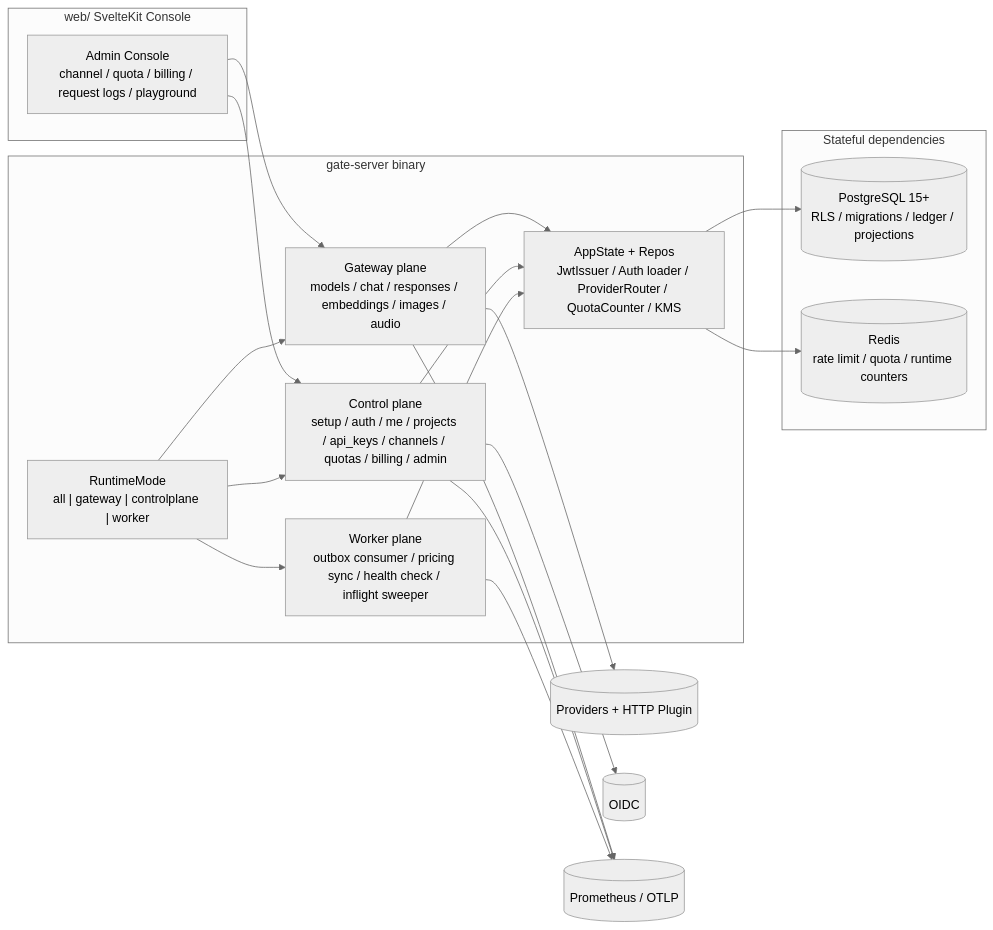
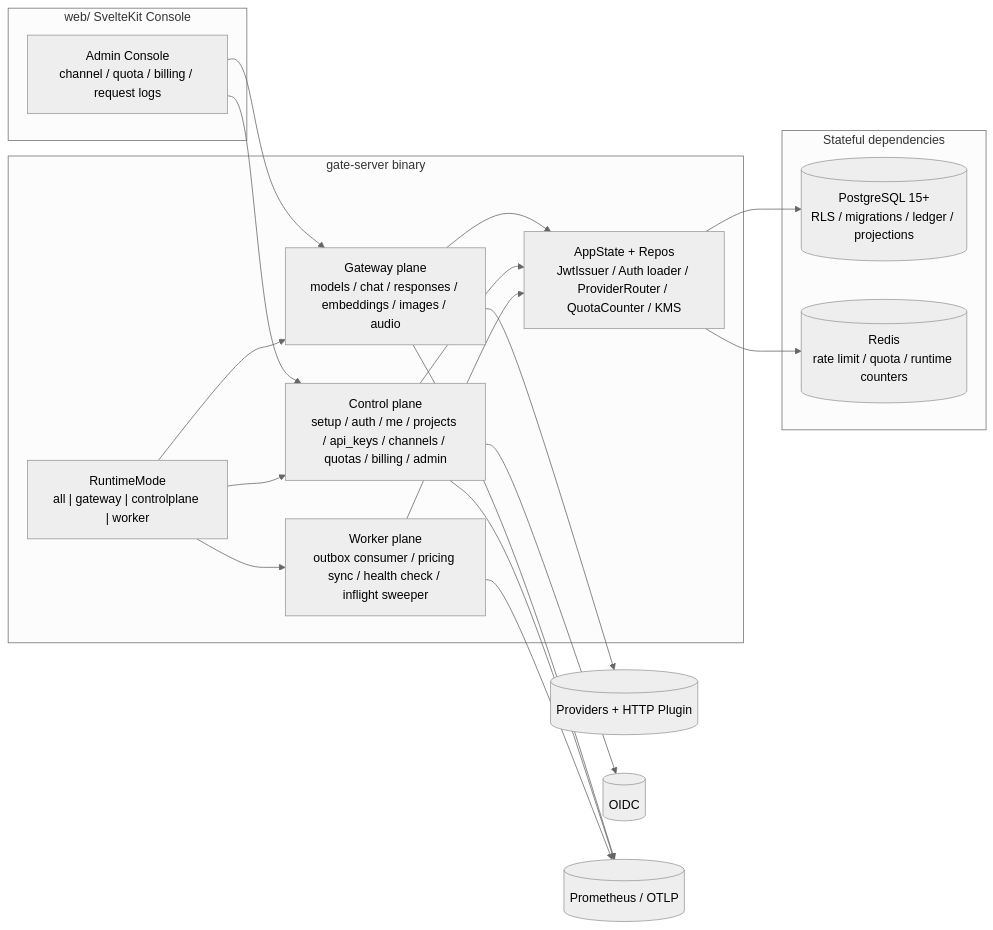
The second of 3 diagrams in docs/architecture.md (telagod/kooix-gate), drawn with Mermaid (neutral theme) before and after one commit. The commit also changed 42 other files, not shown here.

````diff
--- a/docs/architecture.md
+++ b/docs/architecture.md
@@ -39,39 +39,39 @@
 ```mermaid
 flowchart LR
   subgraph Web["web/ SvelteKit Console"]
-    Console["Admin Console\nchannel / quota / billing / request logs / playground"]
+    Console["Admin Console\nchannel / quota / billing / request logs"]
   end
 
   subgraph Server["gate-server binary"]
     Mode["RuntimeMode\nall | gateway | controlplane | worker"]
     Gateway["Gateway plane\nmodels / chat / responses / embeddings / images / audio"]
     Control["Control plane\nsetup / auth / me / projects / api_keys / channels / quotas / billing / admin"]
     Worker["Worker plane\noutbox consumer / pricing sync / health check / inflight sweeper"]
     State["AppState + Repos\nJwtIssuer / Auth loader / ProviderRouter / QuotaCounter / KMS"]
   end
 
   subgraph Storage["Stateful dependencies"]
     PG[(PostgreSQL 15+\nRLS / migrations / ledger / projections)]
     Redis[(Redis\nrate limit / quota / runtime counters)]
   end
 
   Providers[(Providers + HTTP Plugin)]
   OIDC[(OIDC)]
   Metrics[(Prometheus / OTLP)]
 
   Console --> Control
   Console --> Gateway
   Mode --> Gateway
   Mode --> Control
   Mode --> Worker
   Gateway --> State
   Control --> State
   Worker --> State
   State --> PG
   State --> Redis
   Gateway --> Providers
   Control --> OIDC
   Gateway --> Metrics
   Control --> Metrics
   Worker --> Metrics
 ```
````
